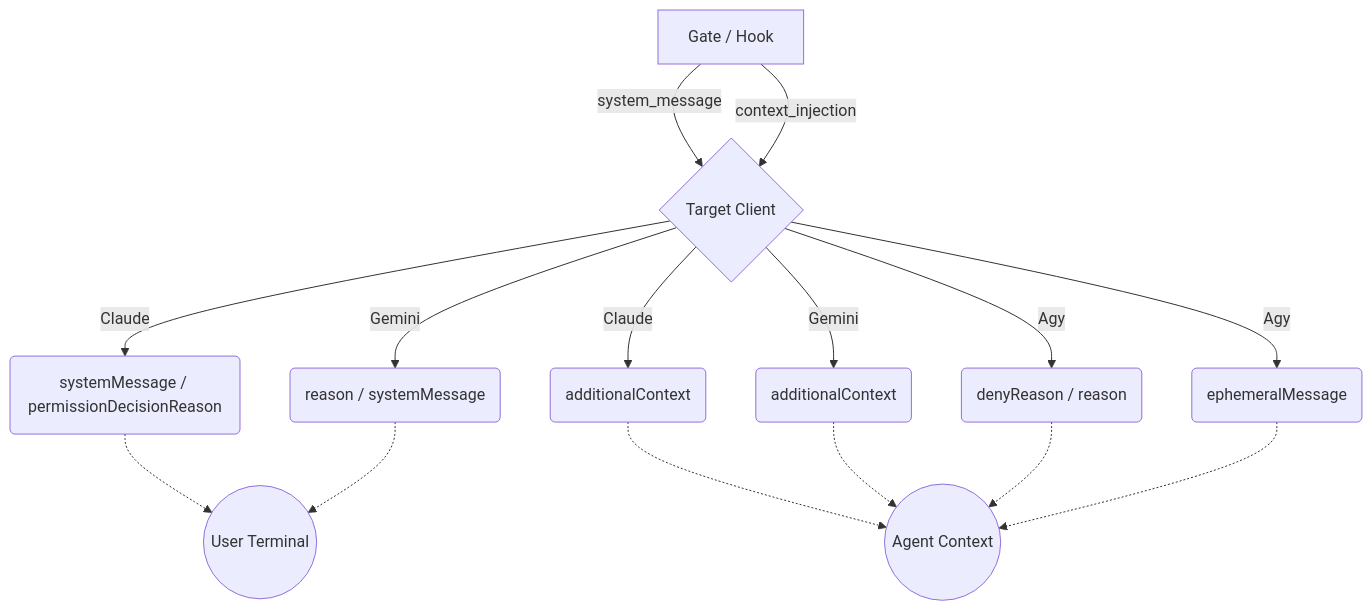
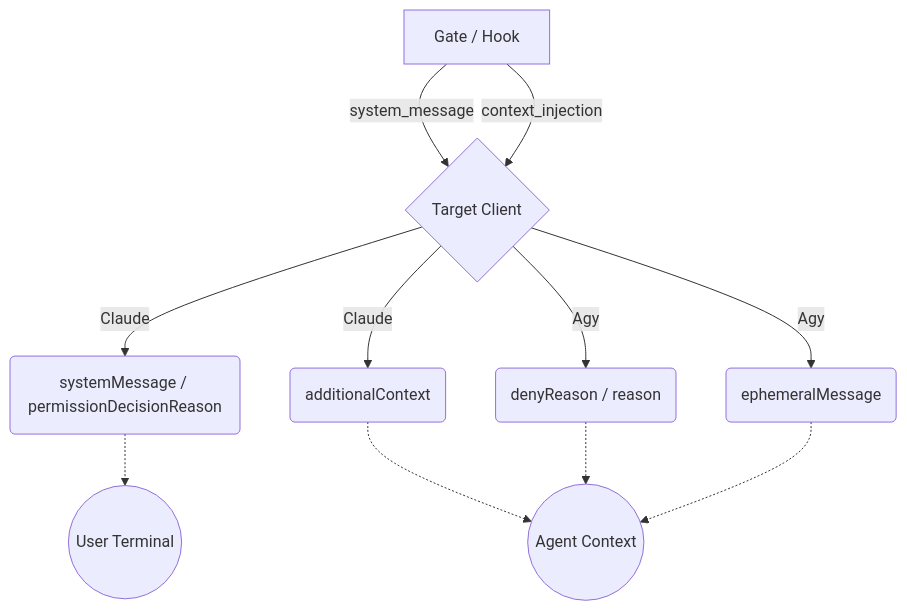
Before and after one commit to nicsuzor/academicOps: the diagram in specs/CLIENT-TRANSLATION.md, drawn with Mermaid. The commit also changed other lines of this file, not shown here.

First line of the commit message:
chore: strip retired Gemini CLI client from CLIENT-TRANSLATION.md

````diff
--- a/specs/CLIENT-TRANSLATION.md
+++ b/specs/CLIENT-TRANSLATION.md
@@ -167,21 +159,16 @@
 ```mermaid
 flowchart TD
     A[Gate / Hook] -->|system_message| B{Target Client}
     A -->|context_injection| B
 
     B -->|Claude| C1(systemMessage / permissionDecisionReason)
     B -->|Claude| C2(additionalContext)
 
-    B -->|Gemini| G1(reason / systemMessage)
-    B -->|Gemini| G2(additionalContext)
-
     B -->|Agy| A1(denyReason / reason)
     B -->|Agy| A2(ephemeralMessage)
 
     C1 -.-> U1((User Terminal))
-    G1 -.-> U1
     C2 -.-> A3((Agent Context))
-    G2 -.-> A3
     A1 -.-> A3
     A2 -.-> A3
 ```
````
